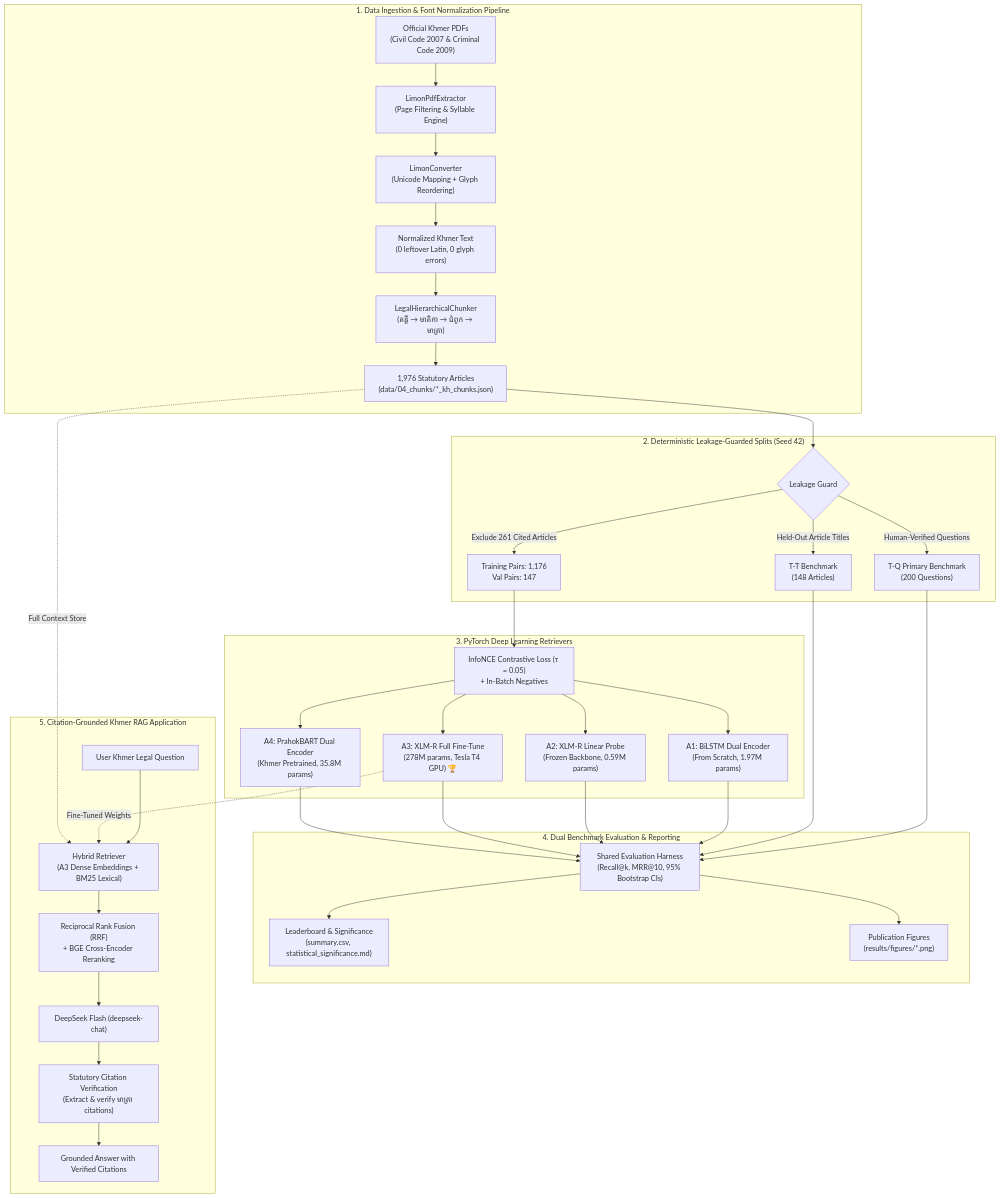
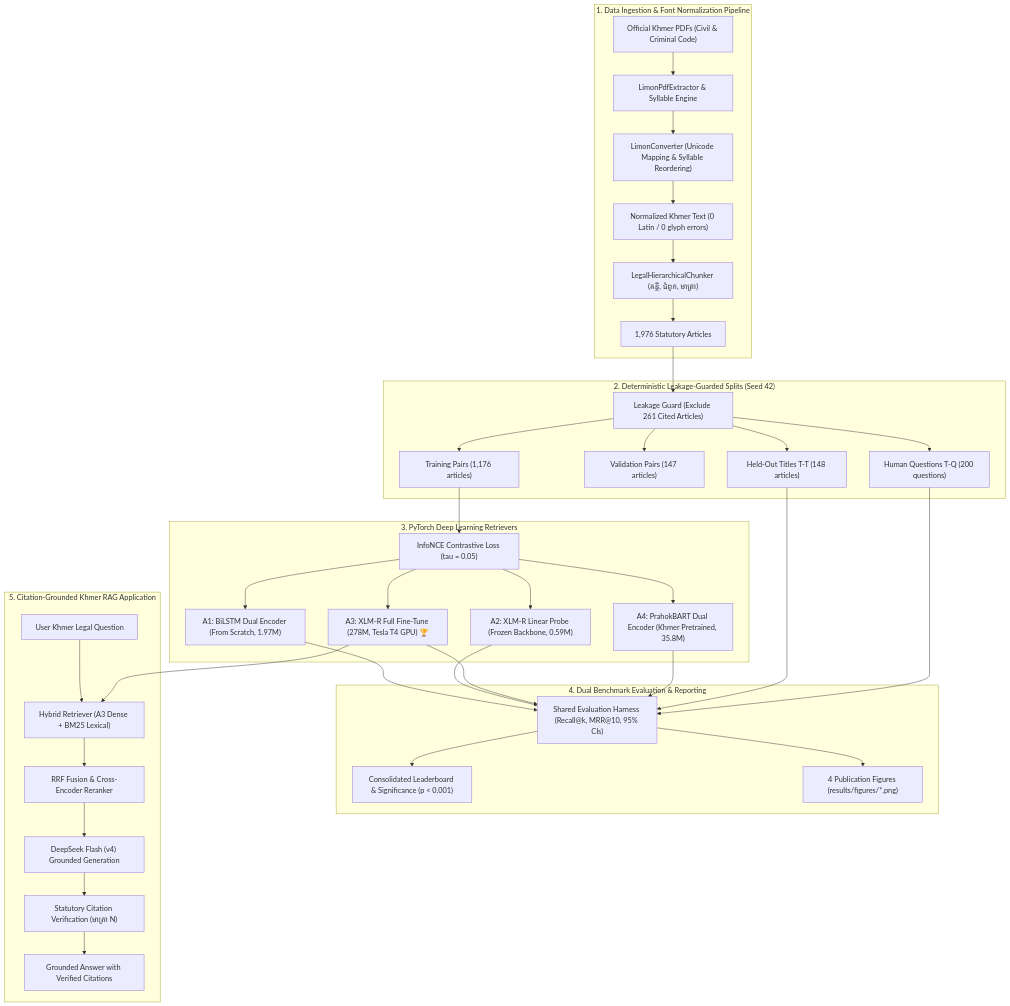
Before and after one commit to mengchheanglong/khmer-legal-retrieval: the first of 2 diagrams in README.md, drawn with Mermaid.

Commit message:
fix(readme): fix Mermaid diagram dagre routing error on GitHub

````diff
--- a/README.md
+++ b/README.md
@@ -55,42 +55,46 @@
 ```mermaid
 flowchart TD
     subgraph Data["1. Data Ingestion & Font Normalization Pipeline"]
-        PDF["Official Khmer PDFs<br/>(Civil Code 2007 & Criminal Code 2009)"] --> Extractor["LimonPdfExtractor<br/>(Page Filtering & Syllable Engine)"]
-        Extractor --> Converter["LimonConverter<br/>(Unicode Mapping + Glyph Reordering)"]
-        Converter --> Unicode["Normalized Khmer Text<br/>(0 leftover Latin, 0 glyph errors)"]
-        Unicode --> Chunker["LegalHierarchicalChunker<br/>(គន្ថី → មាតិកា → ជំពូក → មាត្រា)"]
-        Chunker --> Corpus["1,976 Statutory Articles<br/>(data/04_chunks/*_kh_chunks.json)"]
+        PDF["Official Khmer PDFs (Civil & Criminal Code)"] --> Extractor["LimonPdfExtractor & Syllable Engine"]
+        Extractor --> Converter["LimonConverter (Unicode Mapping & Syllable Reordering)"]
+        Converter --> Unicode["Normalized Khmer Text (0 Latin / 0 glyph errors)"]
+        Unicode --> Chunker["LegalHierarchicalChunker (គន្ថី, ជំពូក, មាត្រា)"]
+        Chunker --> Corpus["1,976 Statutory Articles"]
     end
 
     subgraph Splits["2. Deterministic Leakage-Guarded Splits (Seed 42)"]
-        Corpus --> Guard{"Leakage Guard"}
-        Guard -->|"Exclude 261 Cited Articles"| TrainPairs["Training Pairs: 1,176<br/>Val Pairs: 147"]
-        Guard -->|"Held-Out Article Titles"| TT["T-T Benchmark<br/>(148 Articles)"]
-        Guard -->|"Human-Verified Questions"| TQ["T-Q Primary Benchmark<br/>(200 Questions)"]
+        Corpus --> Guard["Leakage Guard (Exclude 261 Cited Articles)"]
+        Guard --> TrainPairs["Training Pairs (1,176 articles)"]
+        Guard --> ValPairs["Validation Pairs (147 articles)"]
+        Guard --> TT["Held-Out Titles T-T (148 articles)"]
+        Guard --> TQ["Human Questions T-Q (200 questions)"]
     end
 
     subgraph DL["3. PyTorch Deep Learning Retrievers"]
-        TrainPairs --> Loss["InfoNCE Contrastive Loss (τ = 0.05)<br/>+ In-Batch Negatives"]
-        Loss --> A1["A1: BiLSTM Dual Encoder<br/>(From Scratch, 1.97M params)"]
-        Loss --> A2["A2: XLM-R Linear Probe<br/>(Frozen Backbone, 0.59M params)"]
-        Loss --> A3["A3: XLM-R Full Fine-Tune<br/>(278M params, Tesla T4 GPU) 🏆"]
-        Loss --> A4["A4: PrahokBART Dual Encoder<br/>(Khmer Pretrained, 35.8M params)"]
+        TrainPairs --> Loss["InfoNCE Contrastive Loss (tau = 0.05)"]
+        Loss --> A1["A1: BiLSTM Dual Encoder (From Scratch, 1.97M)"]
+        Loss --> A2["A2: XLM-R Linear Probe (Frozen Backbone, 0.59M)"]
+        Loss --> A3["A3: XLM-R Full Fine-Tune (278M, Tesla T4 GPU) 🏆"]
+        Loss --> A4["A4: PrahokBART Dual Encoder (Khmer Pretrained, 35.8M)"]
     end
 
     subgraph Eval["4. Dual Benchmark Evaluation & Reporting"]
-        TQ & TT --> Harness["Shared Evaluation Harness<br/>(Recall@k, MRR@10, 95% Bootstrap CIs)"]
-        A1 & A2 & A3 & A4 --> Harness
-        Harness --> Tables["Leaderboard & Significance<br/>(summary.csv, statistical_significance.md)"]
-        Harness --> Plots["Publication Figures<br/>(results/figures/*.png)"]
+        A1 --> Harness["Shared Evaluation Harness (Recall@k, MRR@10, 95% CIs)"]
+        A2 --> Harness
+        A3 --> Harness
+        A4 --> Harness
+        TT --> Harness
+        TQ --> Harness
+        Harness --> Tables["Consolidated Leaderboard & Significance (p < 0.001)"]
+        Harness --> Plots["4 Publication Figures (results/figures/*.png)"]
     end
 
     subgraph App["5. Citation-Grounded Khmer RAG Application"]
-        UserQ["User Khmer Legal Question"] --> Retriever["Hybrid Retriever<br/>(A3 Dense Embeddings + BM25 Lexical)"]
-        A3 -.->|"Fine-Tuned Weights"| Retriever
-        Corpus -.->|"Full Context Store"| Retriever
-        Retriever --> Rerank["Reciprocal Rank Fusion (RRF)<br/>+ BGE Cross-Encoder Reranking"]
-        Rerank --> LLM["DeepSeek Flash (deepseek-chat)"]
-        LLM --> Verify["Statutory Citation Verification<br/>(Extract & verify មាត្រា citations)"]
+        UserQ["User Khmer Legal Question"] --> Retriever["Hybrid Retriever (A3 Dense + BM25 Lexical)"]
+        A3 --> Retriever
+        Retriever --> Rerank["RRF Fusion & Cross-Encoder Reranker"]
+        Rerank --> LLM["DeepSeek Flash (v4) Grounded Generation"]
+        LLM --> Verify["Statutory Citation Verification (មាត្រា N)"]
         Verify --> Answer["Grounded Answer with Verified Citations"]
     end
 ```
````
